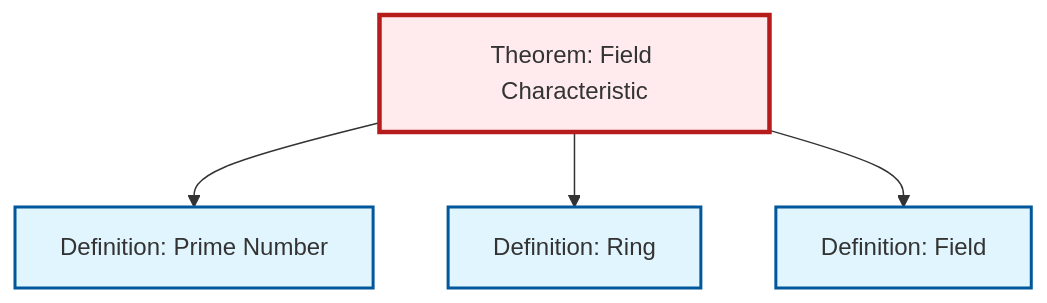
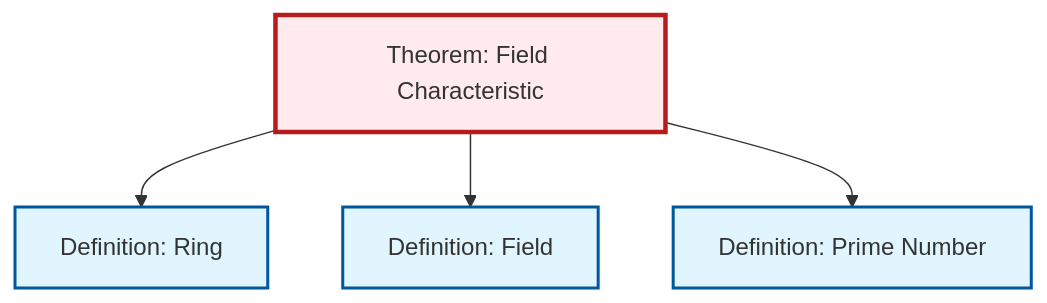
One commit to RK0429/ModernMath changed the diagram in content/ja/algebra/thm-field-characteristic.qmd. Above: the diagram before and after it, drawn with Mermaid. The commit also changed other lines of this file and 474 other files, not shown here.

````diff
--- a/content/ja/algebra/thm-field-characteristic.qmd
+++ b/content/ja/algebra/thm-field-characteristic.qmd
@@ -54,20 +54,20 @@
 ```{mermaid}
 %%| fig-cap: "Local dependency graph"
 graph TD
     classDef definition fill:#e1f5fe,stroke:#01579b,stroke-width:2px
     classDef theorem fill:#f3e5f5,stroke:#4a148c,stroke-width:2px
     classDef axiom fill:#fff3e0,stroke:#e65100,stroke-width:2px
     classDef example fill:#e8f5e9,stroke:#1b5e20,stroke-width:2px
     classDef current fill:#ffebee,stroke:#b71c1c,stroke-width:3px
+    def-ring["Definition: Ring"]:::definition
+    def-field["Definition: Field"]:::definition
     def-prime["Definition: Prime Number"]:::definition
-    def-field["Definition: Field"]:::definition
-    def-ring["Definition: Ring"]:::definition
     thm-field-characteristic["Theorem: Field Characteristic"]:::theorem
-    thm-field-characteristic --> def-prime
     thm-field-characteristic --> def-ring
     thm-field-characteristic --> def-field
+    thm-field-characteristic --> def-prime
     class thm-field-characteristic current
+    click def-ring "def-ring.html" "Definition: Ringへ"
+    click def-field "def-field.html" "Definition: Fieldへ"
     click def-prime "def-prime.html" "Definition: Prime Numberへ"
-    click def-field "def-field.html" "Definition: Fieldへ"
-    click def-ring "def-ring.html" "Definition: Ringへ"
 ```
````
